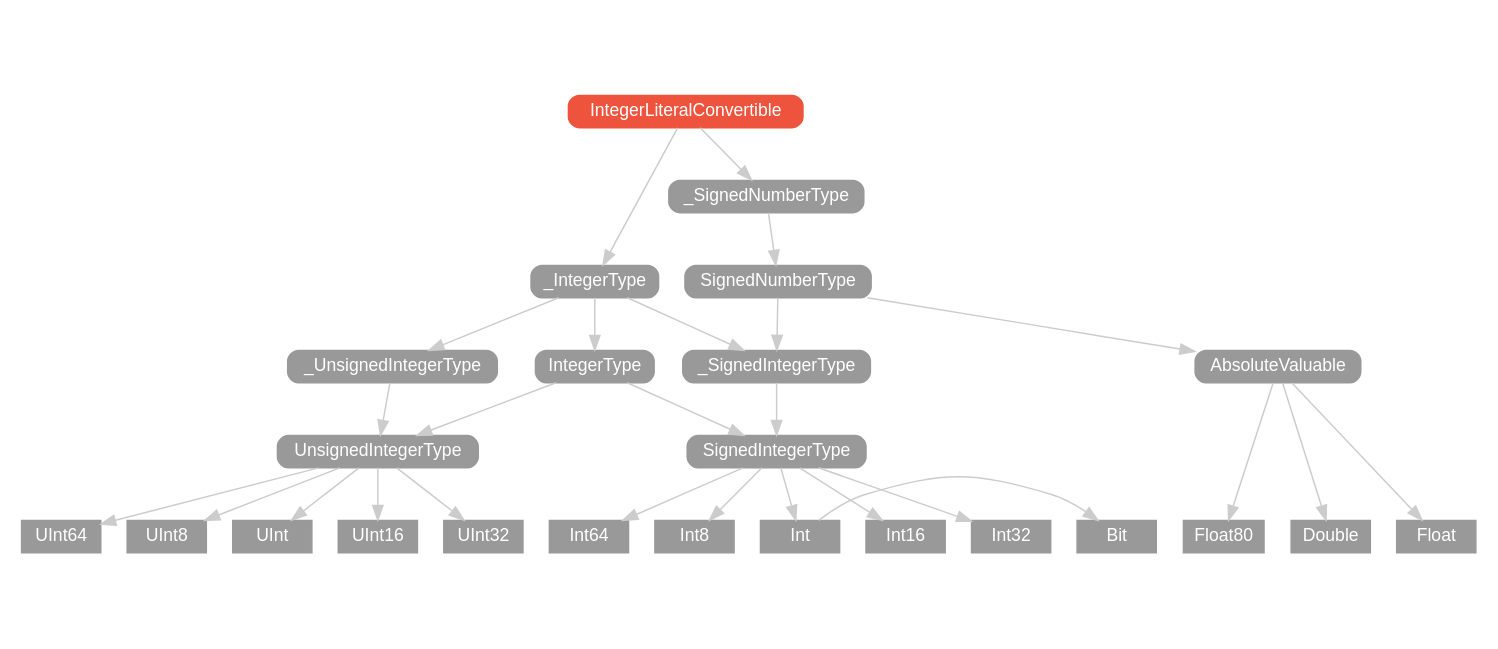
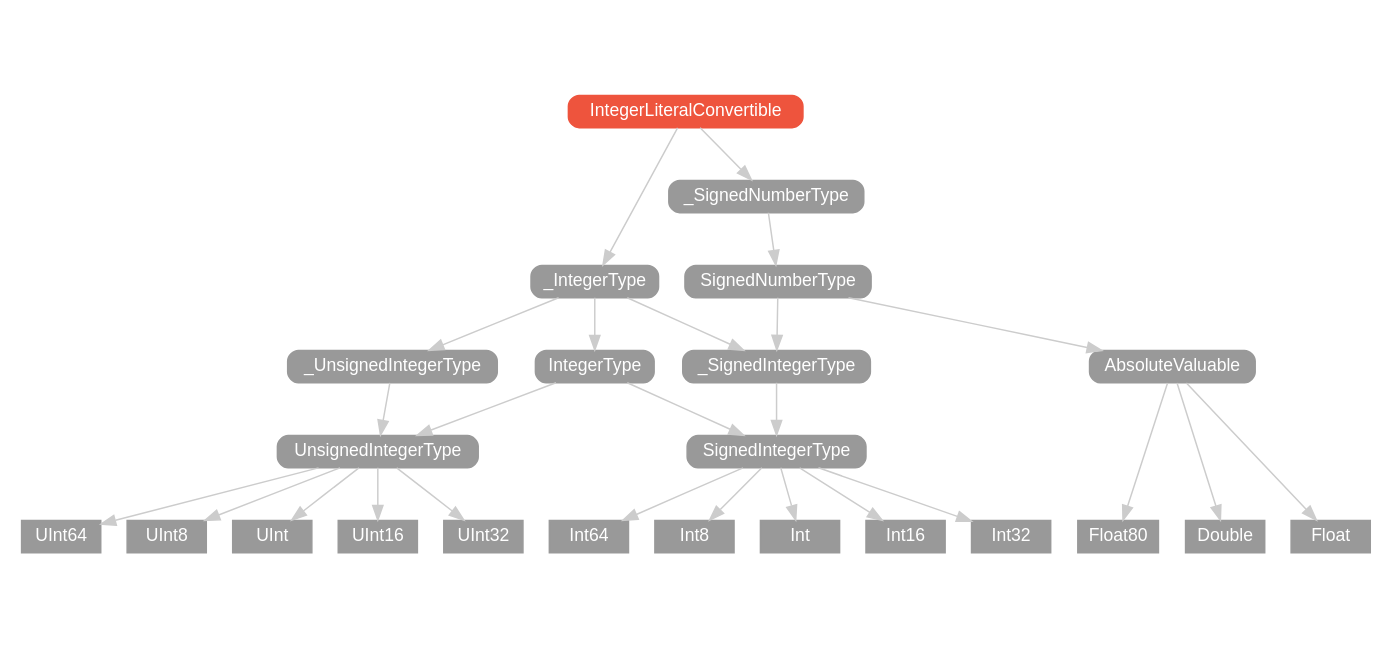
Before and after one commit to SwiftDoc/SwiftDoc.github.io: the diagram in v1.2/protocol/IntegerLiteralConvertible/hierarchy/index.dot, drawn with Graphviz. The commit also changed 682 other files, not shown here.

```diff
--- a/v1.2/protocol/IntegerLiteralConvertible/hierarchy/index.dot
+++ b/v1.2/protocol/IntegerLiteralConvertible/hierarchy/index.dot
@@ -1,75 +1,71 @@
 strict digraph "IntegerLiteralConvertible - Type Hierarchy - SwiftDoc.org" {
     pad="0.1,0.8"
     node [shape=box, style="filled,rounded", color="#999999", fillcolor="#999999", fontcolor=white, fontname=Helvetica, fontnames="Helvetica,sansserif", fontsize=12, margin="0.07,0.05", height="0.3"]
     edge [color="#cccccc"]
     "AbsoluteValuable" [URL="/protocol/AbsoluteValuable/hierarchy/"]
-    "Bit" [URL="/type/Bit/hierarchy/", style=filled]
     "Double" [URL="/type/Double/hierarchy/", style=filled]
     "Float" [URL="/type/Float/hierarchy/", style=filled]
     "Float80" [URL="/type/Float80/hierarchy/", style=filled]
     "Int" [URL="/type/Int/hierarchy/", style=filled]
     "Int16" [URL="/type/Int16/hierarchy/", style=filled]
     "Int32" [URL="/type/Int32/hierarchy/", style=filled]
     "Int64" [URL="/type/Int64/hierarchy/", style=filled]
     "Int8" [URL="/type/Int8/hierarchy/", style=filled]
     "IntegerLiteralConvertible" [URL="/protocol/IntegerLiteralConvertible/", style="filled,rounded", fillcolor="#ee543d", color="#ee543d"]
     "IntegerType" [URL="/protocol/IntegerType/hierarchy/"]
     "SignedIntegerType" [URL="/protocol/SignedIntegerType/hierarchy/"]
     "SignedNumberType" [URL="/protocol/SignedNumberType/hierarchy/"]
     "UInt" [URL="/type/UInt/hierarchy/", style=filled]
     "UInt16" [URL="/type/UInt16/hierarchy/", style=filled]
     "UInt32" [URL="/type/UInt32/hierarchy/", style=filled]
     "UInt64" [URL="/type/UInt64/hierarchy/", style=filled]
     "UInt8" [URL="/type/UInt8/hierarchy/", style=filled]
     "UnsignedIntegerType" [URL="/protocol/UnsignedIntegerType/hierarchy/"]
     "_IntegerType" [URL="/protocol/_IntegerType/hierarchy/"]
     "_SignedIntegerType" [URL="/protocol/_SignedIntegerType/hierarchy/"]
     "_SignedNumberType" [URL="/protocol/_SignedNumberType/hierarchy/"]
     "_UnsignedIntegerType" [URL="/protocol/_UnsignedIntegerType/hierarchy/"]    "IntegerLiteralConvertible" -> "_IntegerType"
     "IntegerLiteralConvertible" -> "_SignedNumberType"
     "_IntegerType" -> "IntegerType"
     "_IntegerType" -> "_SignedIntegerType"
     "_IntegerType" -> "_UnsignedIntegerType"
     "IntegerType" -> "SignedIntegerType"
     "IntegerType" -> "UnsignedIntegerType"
     "SignedIntegerType" -> "Int"
     "SignedIntegerType" -> "Int16"
     "SignedIntegerType" -> "Int32"
     "SignedIntegerType" -> "Int64"
     "SignedIntegerType" -> "Int8"
-    "Int" -> "Bit"
     "UnsignedIntegerType" -> "UInt"
     "UnsignedIntegerType" -> "UInt16"
     "UnsignedIntegerType" -> "UInt32"
     "UnsignedIntegerType" -> "UInt64"
     "UnsignedIntegerType" -> "UInt8"
     "_SignedIntegerType" -> "SignedIntegerType"
     "SignedIntegerType" -> "Int"
     "SignedIntegerType" -> "Int16"
     "SignedIntegerType" -> "Int32"
     "SignedIntegerType" -> "Int64"
     "SignedIntegerType" -> "Int8"
-    "Int" -> "Bit"
     "_UnsignedIntegerType" -> "UnsignedIntegerType"
     "UnsignedIntegerType" -> "UInt"
     "UnsignedIntegerType" -> "UInt16"
     "UnsignedIntegerType" -> "UInt32"
     "UnsignedIntegerType" -> "UInt64"
     "UnsignedIntegerType" -> "UInt8"
     "_SignedNumberType" -> "SignedNumberType"
     "SignedNumberType" -> "AbsoluteValuable"
     "SignedNumberType" -> "_SignedIntegerType"
     "AbsoluteValuable" -> "Double"
     "AbsoluteValuable" -> "Float"
     "AbsoluteValuable" -> "Float80"
     "_SignedIntegerType" -> "SignedIntegerType"
     "SignedIntegerType" -> "Int"
     "SignedIntegerType" -> "Int16"
     "SignedIntegerType" -> "Int32"
     "SignedIntegerType" -> "Int64"
     "SignedIntegerType" -> "Int8"
-    "Int" -> "Bit"
     subgraph Types {
-        rank = max; "Int"; "Int16"; "Int32"; "Int64"; "Int8"; "Bit"; "UInt"; "UInt16"; "UInt32"; "UInt64"; "UInt8"; "Double"; "Float"; "Float80";
+        rank = max; "Int"; "Int16"; "Int32"; "Int64"; "Int8"; "UInt"; "UInt16"; "UInt32"; "UInt64"; "UInt8"; "Double"; "Float"; "Float80";
     }
 }
```
